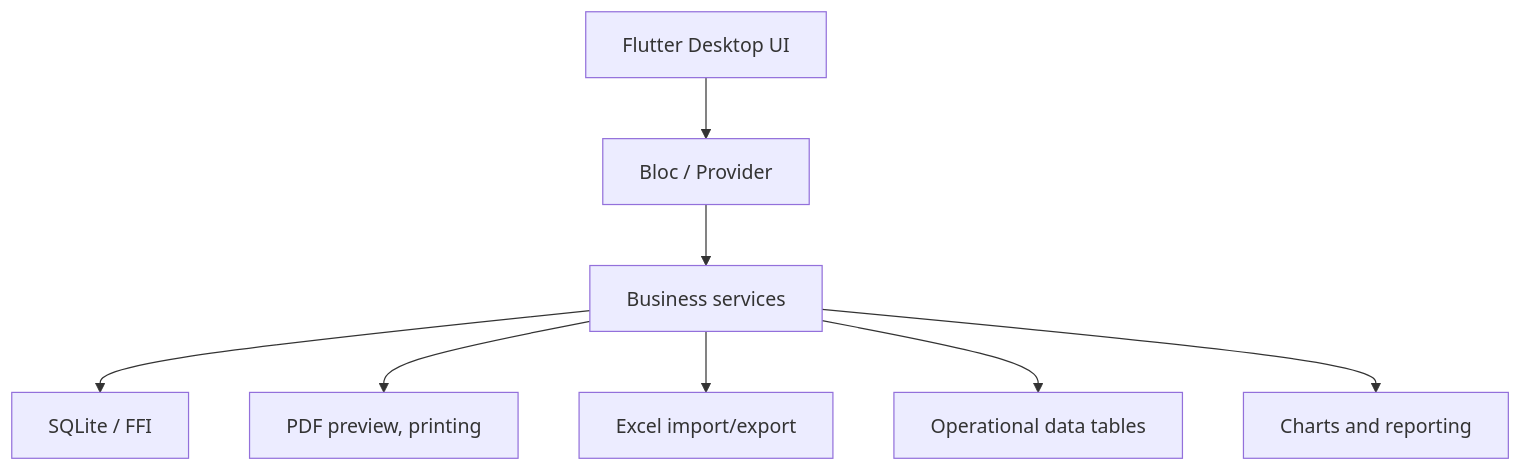
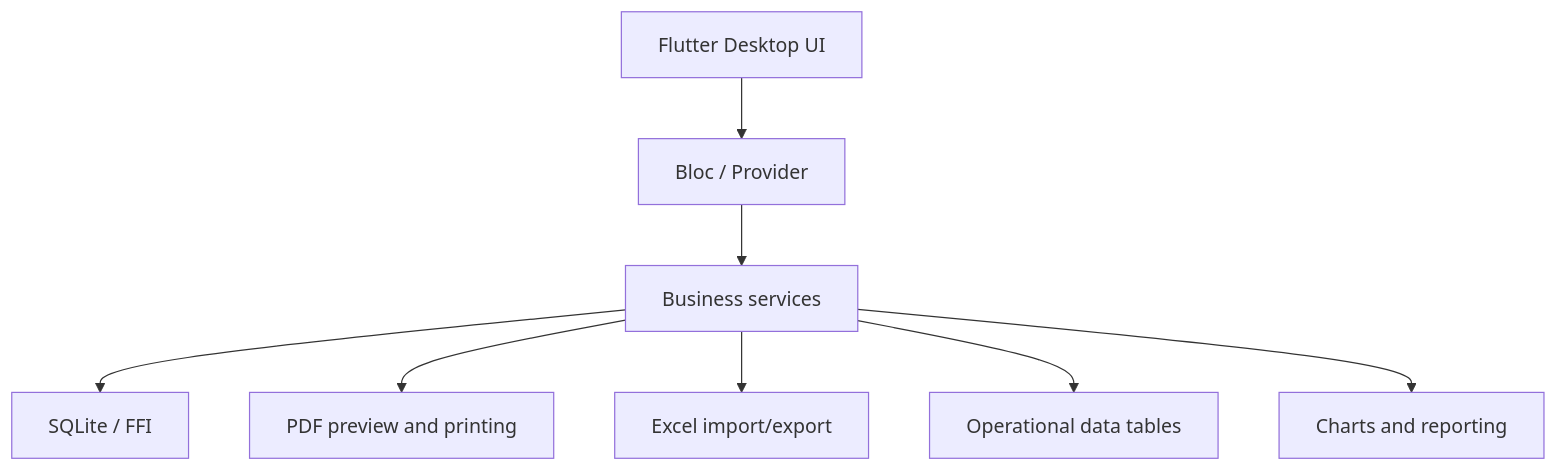
Before and after one commit to menaaymangad/case-studies: the diagram in case-studies/import-export-system.md, drawn with Mermaid. The commit also changed other lines of this file and 4 other files, not shown here.

````diff
--- a/case-studies/import-export-system.md
+++ b/case-studies/import-export-system.md
@@ -59,10 +63,10 @@
 ```mermaid
 flowchart TD
   UI[Flutter Desktop UI] --> State[Bloc / Provider]
   State --> Services[Business services]
   Services --> DB[SQLite / FFI]
-  Services --> Docs[PDF preview, printing]
+  Services --> Docs[PDF preview and printing]
   Services --> Excel[Excel import/export]
   Services --> Tables[Operational data tables]
   Services --> Charts[Charts and reporting]
 ```
````
